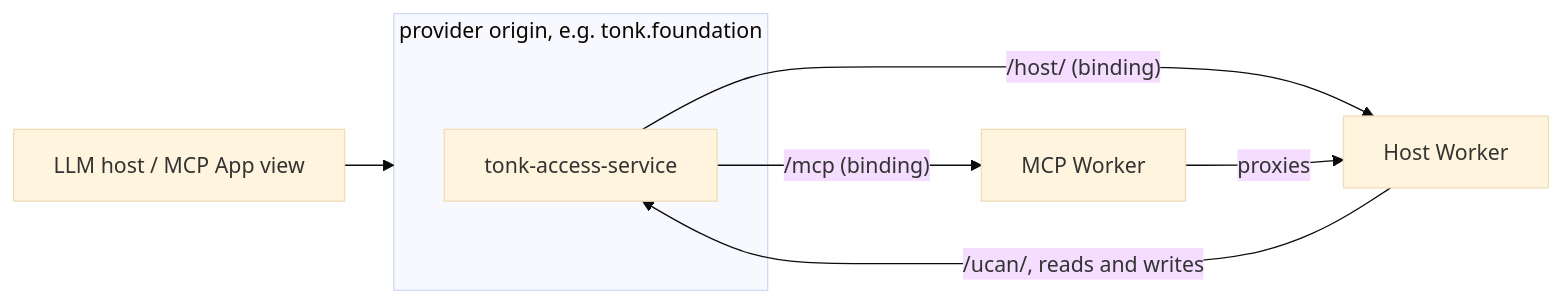
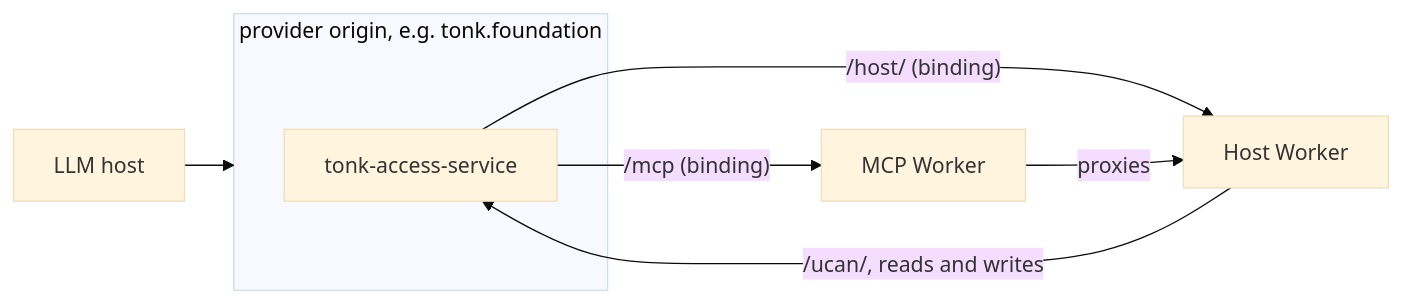
The third of 7 diagrams in plans/2026-10-28-hosted-agent-peer.md (tonk-labs/tonk), drawn with Mermaid (base theme) before and after one commit. The commit also changed other lines of this file, not shown here.

Commit message:
plans: views long-poll a watch tool through the host, moved to a later stage

````diff
--- a/plans/2026-10-28-hosted-agent-peer.md
+++ b/plans/2026-10-28-hosted-agent-peer.md
@@ -90,11 +92,11 @@
 ```mermaid
 flowchart LR
-  client[LLM host / MCP App view] --> origin
+  client[LLM host] --> origin
   subgraph origin[provider origin, e.g. tonk.foundation]
     access[tonk-access-service]
   end
   access -- "/mcp (binding)" --> mcp[MCP Worker]
   access -- "/host/ (binding)" --> host[Host Worker]
   mcp -- "proxies" --> host
   host -- "/ucan/, reads and writes" --> access
 ```
````
